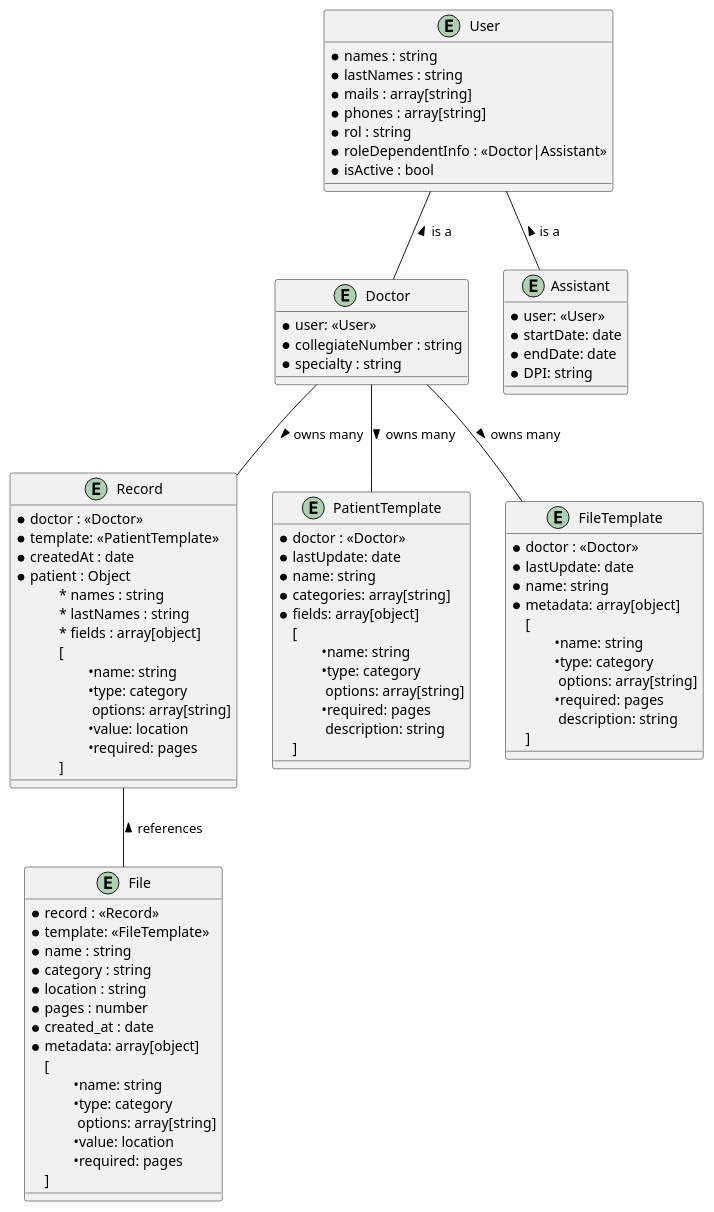
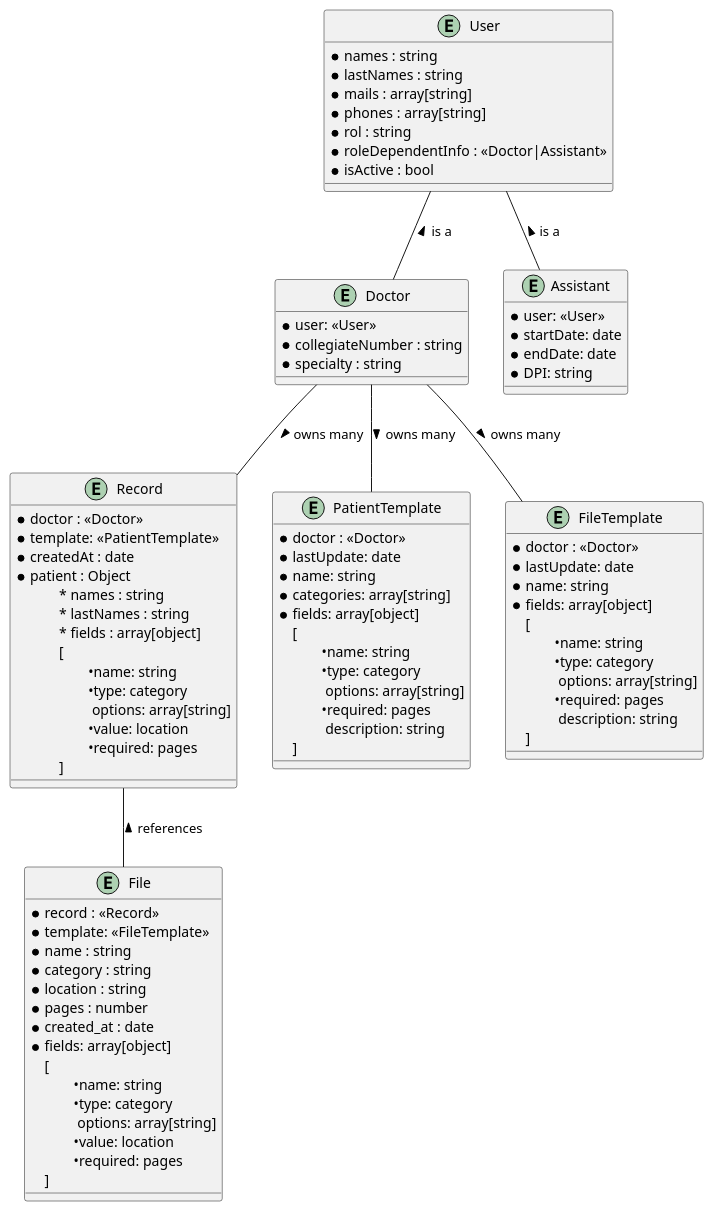
One commit to TherapistTrack/TherapistTrack-DB changed the diagram in Diagram/DB_Diagram.plantuml. Above: the diagram before and after it, drawn with PlantUML. The commit also changed 3 other files, not shown here.

```diff
--- a/Diagram/DB_Diagram.plantuml
+++ b/Diagram/DB_Diagram.plantuml
@@ -1,100 +1,100 @@
 @startuml entity
 
 entity User {
     * names : string
     * lastNames : string
     * mails : array[string]
     * phones : array[string]
     * rol : string
     * roleDependentInfo : <<Doctor|Assistant>>
     * isActive : bool
 }
 
 entity Doctor {
     * user: <<User>>
     * collegiateNumber : string
     * specialty : string
 }
 
 entity Assistant {
     * user: <<User>>
     * startDate: date
     * endDate: date
     * DPI: string
 }
 
 entity Record {
     * doctor : <<Doctor>>
     * template: <<PatientTemplate>> 
     * createdAt : date
     * patient : Object
     \t* names : string
     \t* lastNames : string
     \t* fields : array[object]
     \t[
         \t\t•name: string
         \t\t•type: category
         \t\t options: array[string]
         \t\t•value: location
         \t\t•required: pages
     \t]
     
 }
 
 entity PatientTemplate {
     * doctor : <<Doctor>>
     * lastUpdate: date
     * name: string
     * categories: array[string]
     * fields: array[object]
     [
         \t•name: string
         \t•type: category
         \t options: array[string]
         \t•required: pages
         \t description: string
     ]
 }
 
 entity FileTemplate {
     * doctor : <<Doctor>>
     * lastUpdate: date
     * name: string
-    * metadata: array[object]
+    * fields: array[object]
     [
         \t•name: string
         \t•type: category
         \t options: array[string]
         \t•required: pages
         \t description: string
     ]
 }
 
 entity File {
     * record : <<Record>>
     * template: <<FileTemplate>> 
     * name : string
     * category : string
     * location : string
     * pages : number
     * created_at : date
-    * metadata: array[object]
+    * fields: array[object]
     [
         \t•name: string
         \t•type: category
         \t options: array[string]
         \t•value: location
         \t•required: pages
     ]
 }
 
 User -d- Doctor : < is a
 User -d- Assistant : < is a
 
 Record -u- Doctor : < owns many
 Record -- File  : < references
 
 Doctor -- FileTemplate : > owns many 
 Doctor -- PatientTemplate : > owns many
 
 @enduml
```
